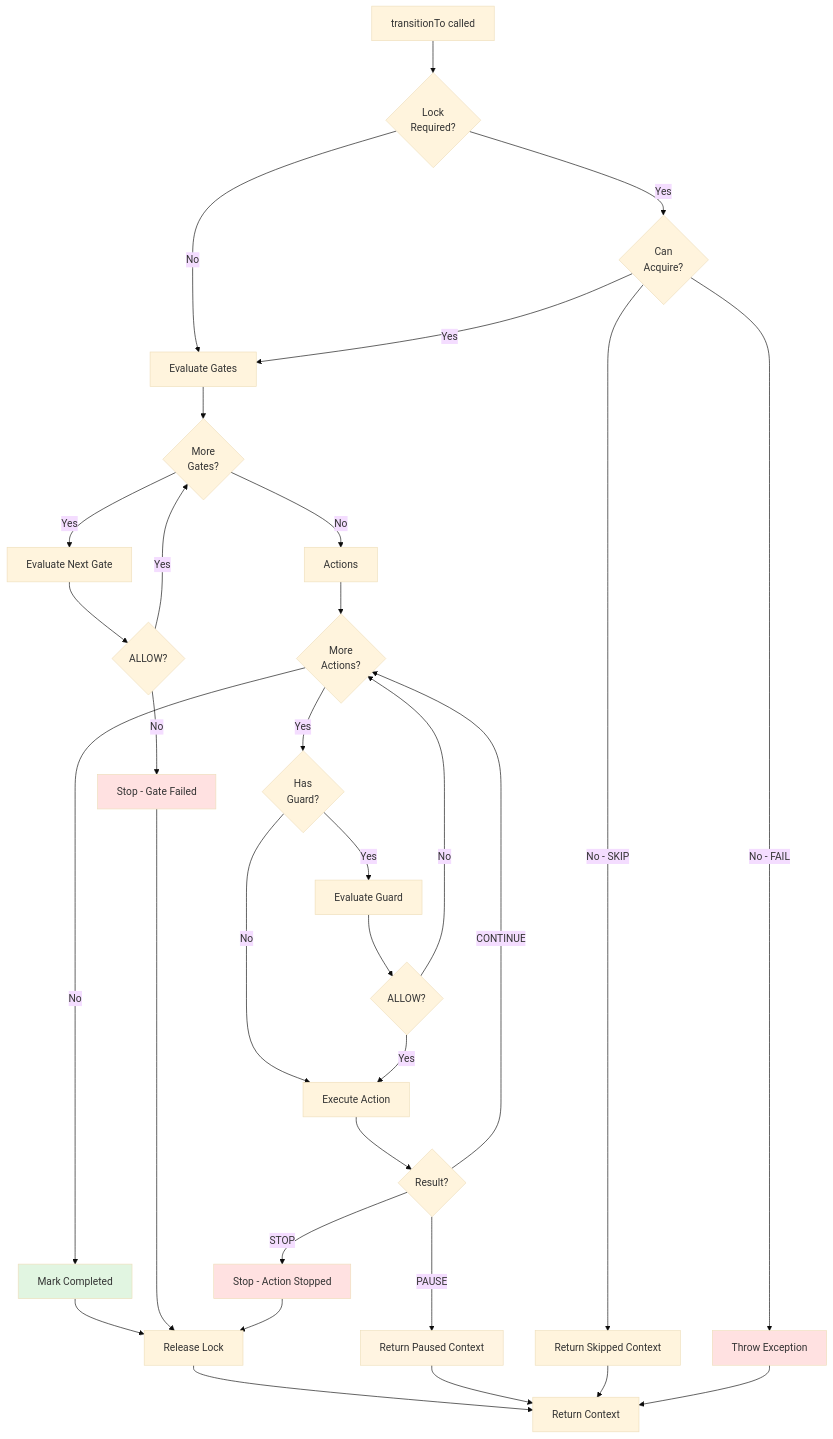
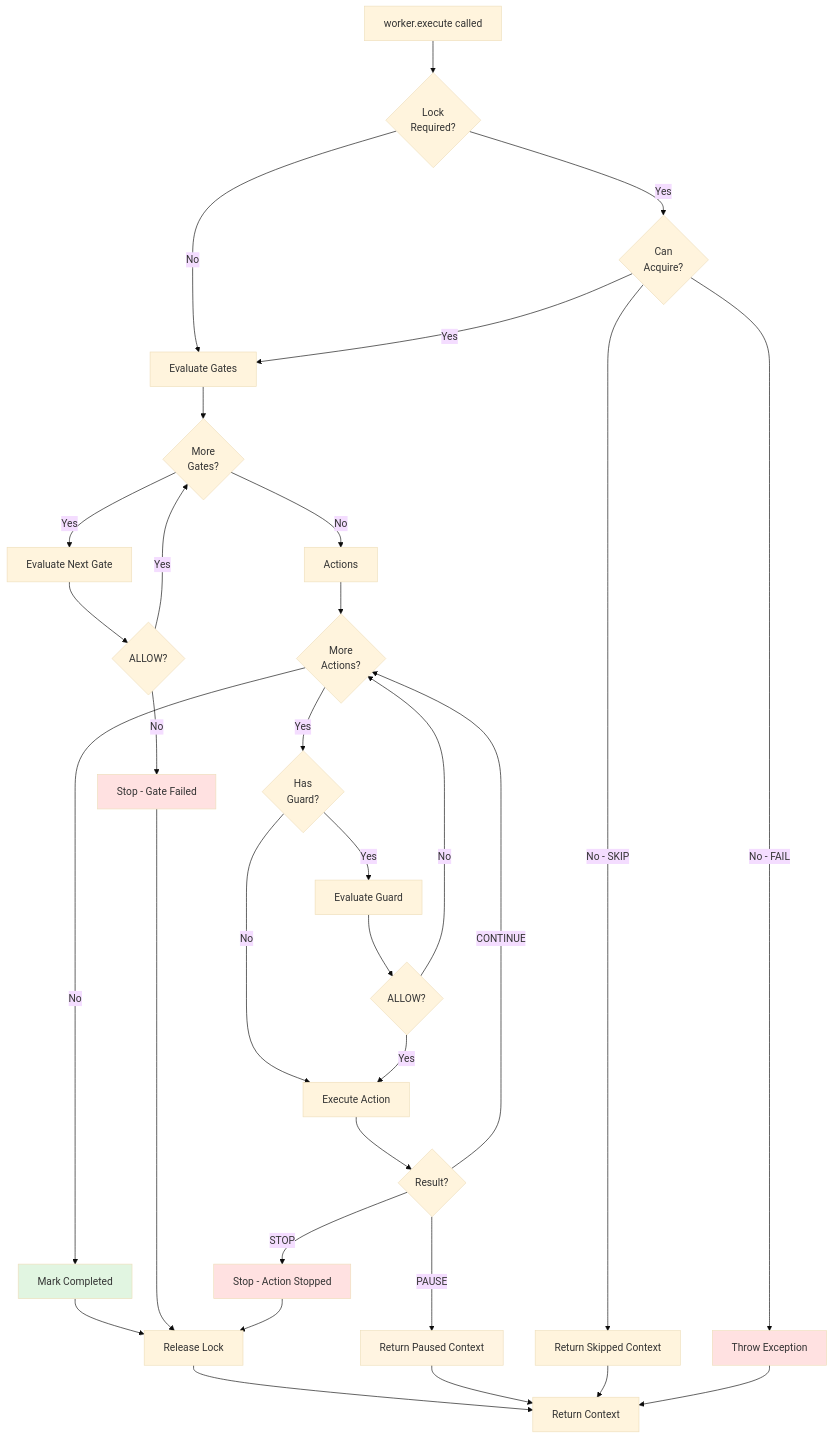
Before and after one commit to benrowe/stateflow: diagram 11 of 11 in docs/diagrams.md, drawn with Mermaid (base theme). The commit also changed other lines of this file and 1 other file, not shown here.

Commit message:
Fix diagrams to use new worker

````diff
--- a/docs/diagrams.md
+++ b/docs/diagrams.md
@@ -605,51 +618,51 @@
 ```mermaid
 graph TD
-    Start[transitionTo called]
+    Start[worker.execute called]
 
     Start --> Lock{Lock<br/>Required?}
     Lock -->|Yes| TryLock{Can<br/>Acquire?}
     Lock -->|No| Gates
 
     TryLock -->|Yes| Gates[Evaluate Gates]
     TryLock -->|No - FAIL| Exception[Throw Exception]
     TryLock -->|No - SKIP| SkipCtx[Return Skipped Context]
 
     Gates --> GateLoop{More<br/>Gates?}
     GateLoop -->|Yes| EvalGate[Evaluate Next Gate]
     GateLoop -->|No| Actions
 
     EvalGate --> GateOk{ALLOW?}
     GateOk -->|Yes| GateLoop
     GateOk -->|No| StopGate[Stop - Gate Failed]
 
     Actions --> ActionLoop{More<br/>Actions?}
     ActionLoop -->|Yes| CheckGuard{Has<br/>Guard?}
     ActionLoop -->|No| Complete[Mark Completed]
 
     CheckGuard -->|Yes| EvalGuard[Evaluate Guard]
     CheckGuard -->|No| ExecAction
 
     EvalGuard --> GuardOk{ALLOW?}
     GuardOk -->|Yes| ExecAction[Execute Action]
     GuardOk -->|No| ActionLoop
 
     ExecAction --> ActionRes{Result?}
     ActionRes -->|CONTINUE| ActionLoop
     ActionRes -->|PAUSE| PauseCtx[Return Paused Context]
     ActionRes -->|STOP| StopAction[Stop - Action Stopped]
 
     Complete --> ReleaseLock[Release Lock]
     StopGate --> ReleaseLock
     StopAction --> ReleaseLock
 
     ReleaseLock --> Return[Return Context]
     PauseCtx --> Return
     SkipCtx --> Return
     Exception --> Return
 
     style Complete fill:#e1f5e1
     style PauseCtx fill:#fff4e1
     style StopGate fill:#ffe1e1
     style StopAction fill:#ffe1e1
     style Exception fill:#ffe1e1
 ```
````
